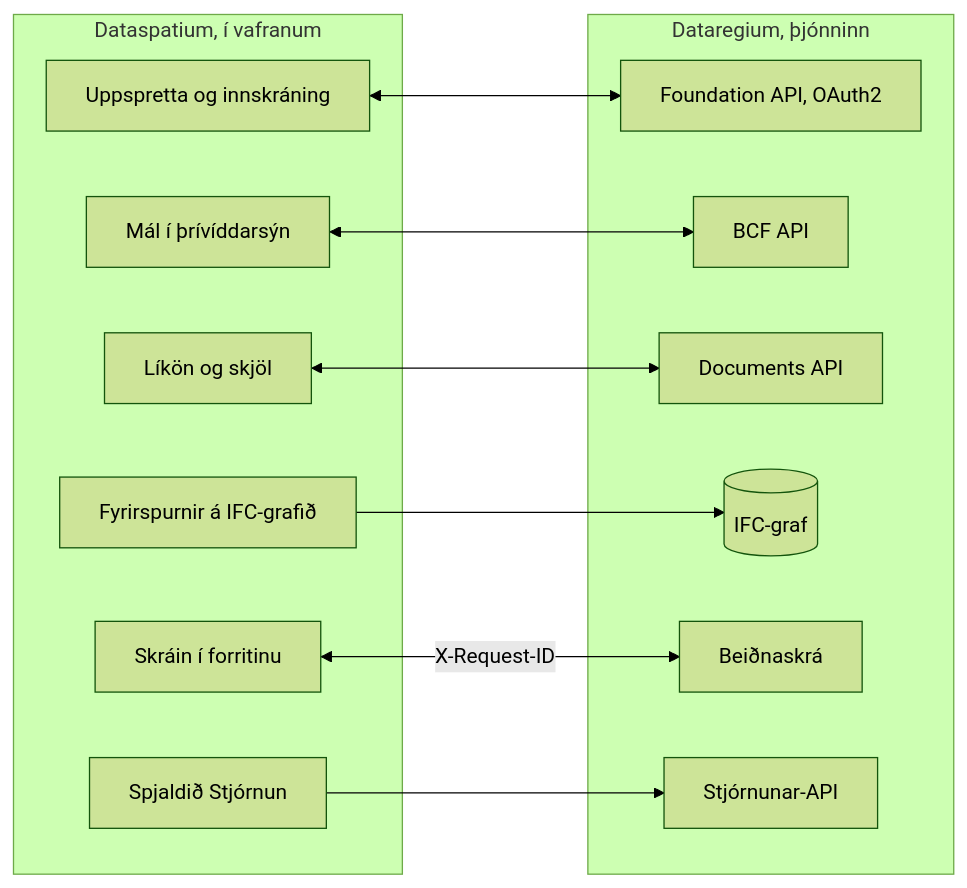
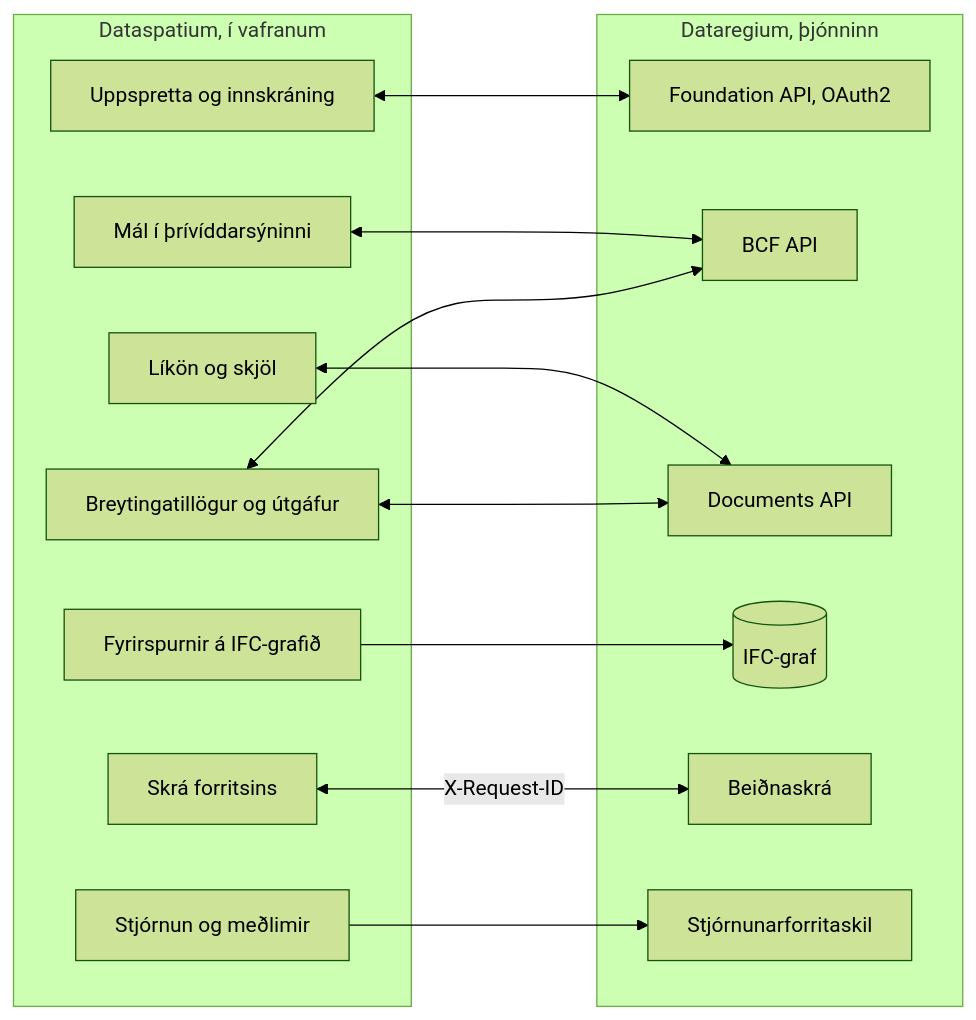
Before and after one commit to marwiss/Dataspatium: the diagram in docs/is/README.md, drawn with Mermaid (forest theme). The commit also changed other lines of this file and 6 other files, not shown here.

````diff
--- a/docs/is/README.md
+++ b/docs/is/README.md
@@ -161,25 +232,28 @@
 ```mermaid
 flowchart LR
     subgraph app ["Dataspatium, í vafranum"]
         source["Uppspretta og innskráning"]
-        issues["Mál í þrívíddarsýn"]
+        issues["Mál í þrívíddarsýninni"]
         files["Líkön og skjöl"]
+        changes["Breytingatillögur og útgáfur"]
         queries["Fyrirspurnir á IFC-grafið"]
-        log["Skráin í forritinu"]
-        admin["Spjaldið Stjórnun"]
+        log["Skrá forritsins"]
+        admin["Stjórnun og meðlimir"]
     end
     subgraph server ["Dataregium, þjónninn"]
         foundation["Foundation API, OAuth2"]
         bcf["BCF API"]
         documents["Documents API"]
         ifcgraph[("IFC-graf")]
         requests["Beiðnaskrá"]
-        adminapi["Stjórnunar-API"]
+        adminapi["Stjórnunarforritaskil"]
     end
     source <--> foundation
     issues <--> bcf
     files <--> documents
+    changes <--> bcf
+    changes <--> documents
     queries --> ifcgraph
     log <-- "X-Request-ID" --> requests
     admin --> adminapi
 ```
````
